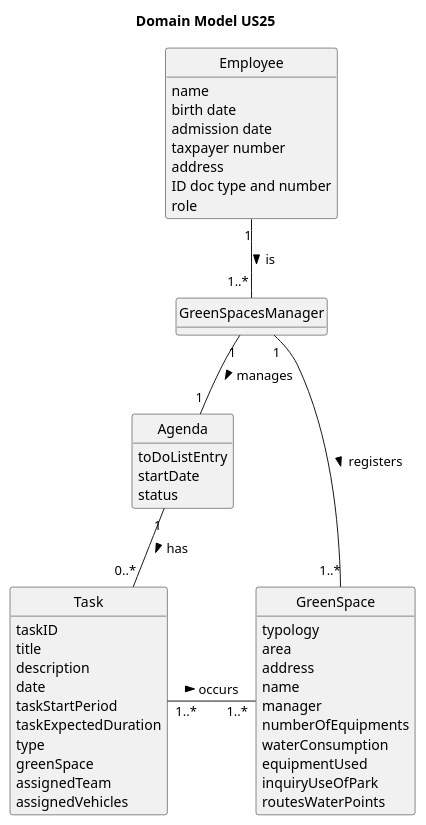
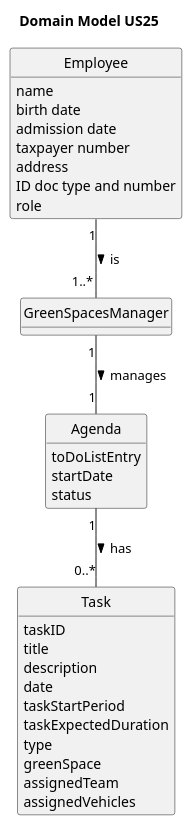
One commit to LopemigueISEP/lei-24-s2-1nb-g312 changed the diagram in docs/sprintC/US025/02.analysis/puml/us025-domain-model.puml. Above: the diagram before and after it, drawn with PlantUML. The commit also changed 33 other files, not shown here.

```diff
--- a/docs/sprintC/US025/02.analysis/puml/us025-domain-model.puml
+++ b/docs/sprintC/US025/02.analysis/puml/us025-domain-model.puml
@@ -1,67 +1,54 @@
 @startuml
 skinparam monochrome true
 skinparam packageStyle rectangle
 skinparam shadowing false
 
 'left to right direction
 
 skinparam classAttributeIconSize 0
 
 hide circle
 hide methods
 
 
 title Domain Model US25
 
 
 class Employee {
     name
     birth date
     contact (email/phone)
     admission date
     taxpayer number
     address
     ID doc type and number
     role
 }
 
 class Task {
     taskID
     title
     description
     date
     taskStartPeriod
     taskExpectedDuration
     type
     greenSpace
     assignedTeam
     assignedVehicles
 }
 class GreenSpacesManager{
 
 }
-class GreenSpace {
-    typology
-    area
-    address
-    name
-    manager
-    numberOfEquipments
-    waterConsumption
-    equipmentUsed
-    inquiryUseOfPark
-    routesWaterPoints
-}
 class Agenda {
     toDoListEntry
     startDate
     status
 }
 Employee "1" -- "1..*" GreenSpacesManager : is >
 GreenSpacesManager "1" -- "1" Agenda : manages >
-GreenSpacesManager "1" -- "1..*" GreenSpace : registers >
+
 Agenda "1" -- "0..*" Task : has >
-Task "1..*" - "1..*" GreenSpace: occurs >
 
 
 @enduml
```
